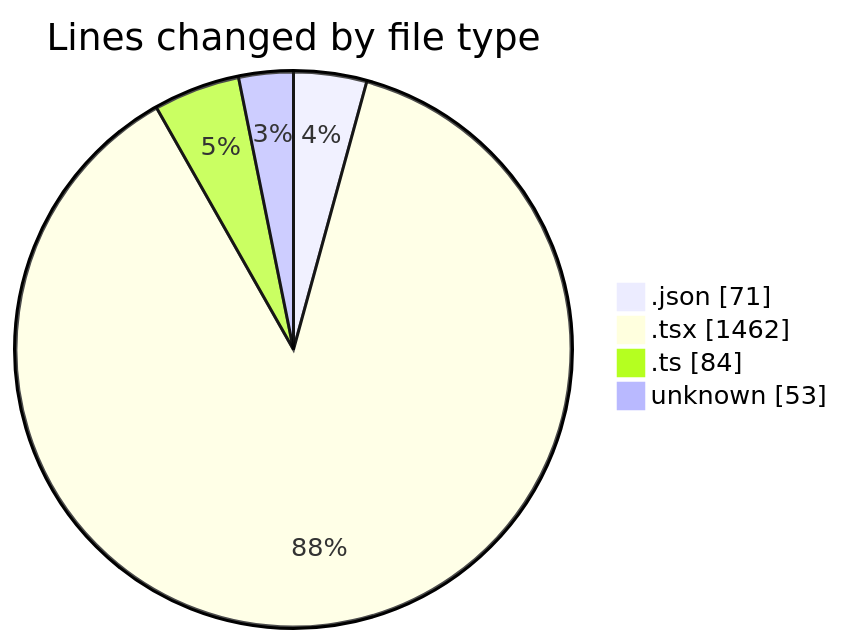
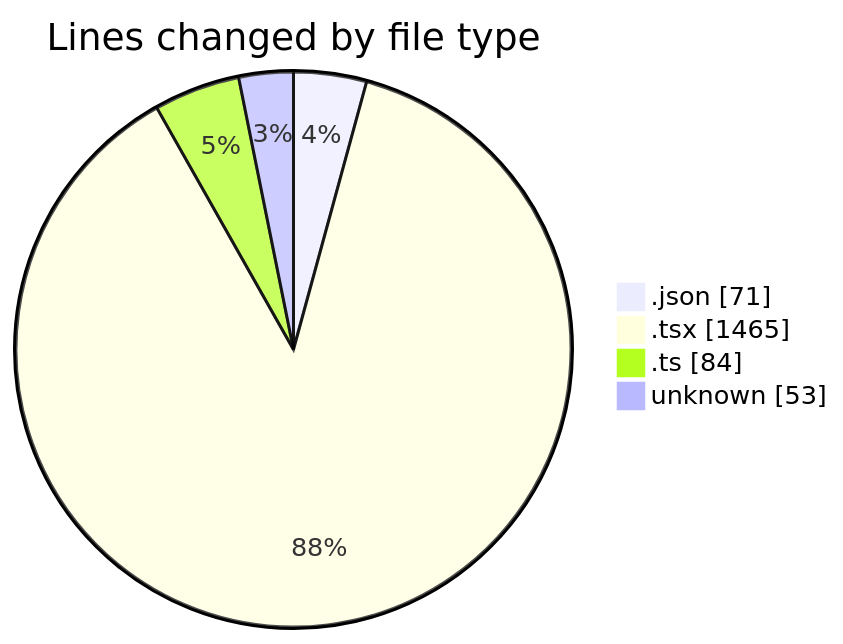
Before and after one commit to momahboobian/code-tracking: the first of 2 diagrams in 2026-01-29/cda/README.md, drawn with Mermaid. The commit also changed other lines of this file and 1 other file, not shown here.

````diff
--- a/2026-01-29/cda/README.md
+++ b/2026-01-29/cda/README.md
@@ -23,8 +23,8 @@
 ```mermaid
 pie showData
 title Lines changed by file type
 ".json" : 71
-".tsx" : 1462
+".tsx" : 1465
 ".ts" : 84
 "unknown" : 53
 ```
````
